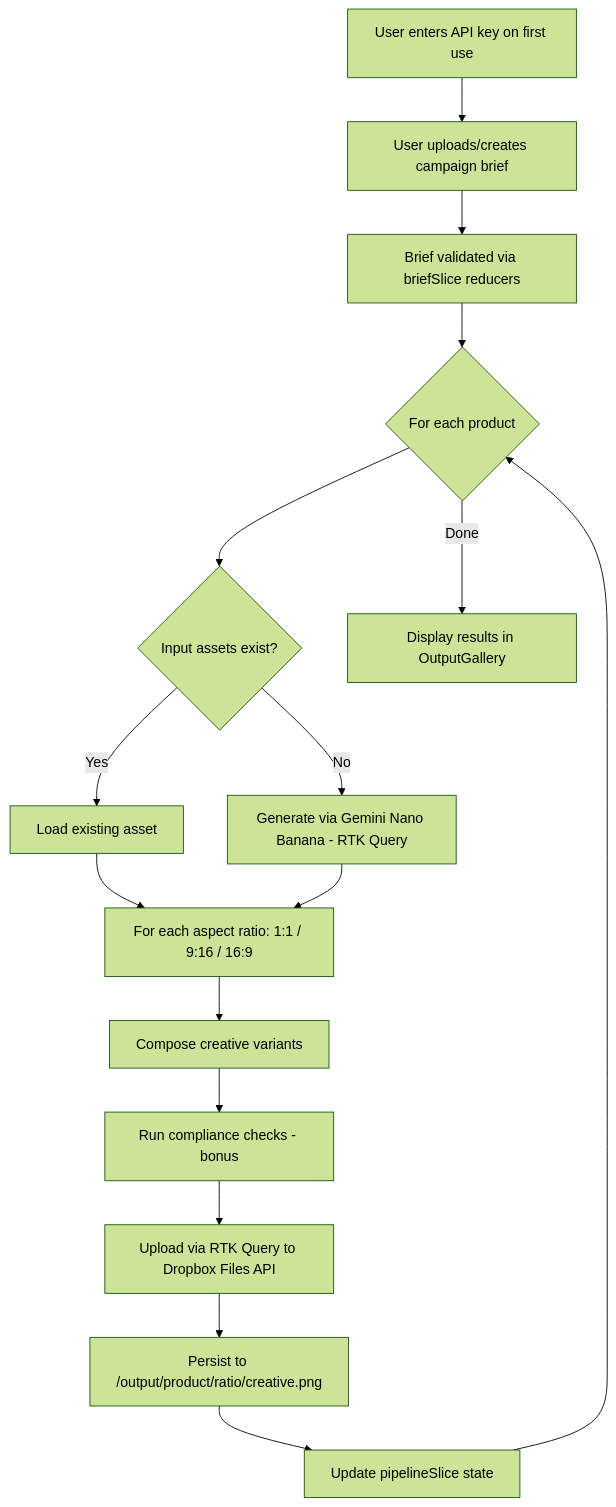
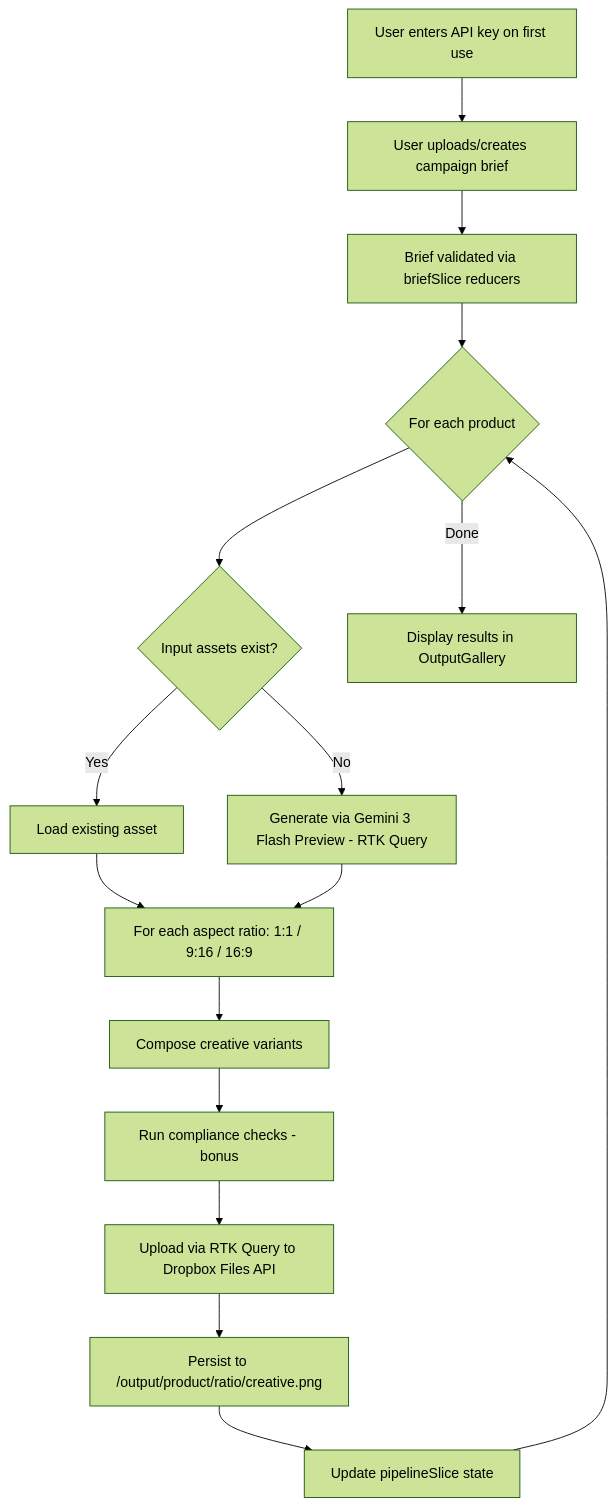
Before and after one commit to seandinwiddie/ad-campaigns-automation: the diagram in PLAN.MD, drawn with Mermaid (forest theme). The commit also changed other lines of this file and 92 other files, not shown here.

````diff
--- a/PLAN.MD
+++ b/PLAN.MD
@@ -386,18 +398,18 @@
 ```mermaid
 flowchart TD
     A[User enters API key on first use] --> B[User uploads/creates campaign brief]
     B --> C[Brief validated via briefSlice reducers]
     C --> D{For each product}
     D --> E{Input assets exist?}
     E -- Yes --> F[Load existing asset]
-    E -- No --> G[Generate via Gemini Nano Banana - RTK Query]
+    E -- No --> G[Generate via Gemini 3 Flash Preview - RTK Query]
     F --> H[For each aspect ratio: 1:1 / 9:16 / 16:9]
     G --> H
     H --> I[Compose creative variants]
     I --> J[Run compliance checks - bonus]
     J --> K[Upload via RTK Query to Dropbox Files API]
     K --> L[Persist to /output/product/ratio/creative.png]
     L --> M[Update pipelineSlice state]
     M --> D
     D -- Done --> N[Display results in OutputGallery]
 ```
````
